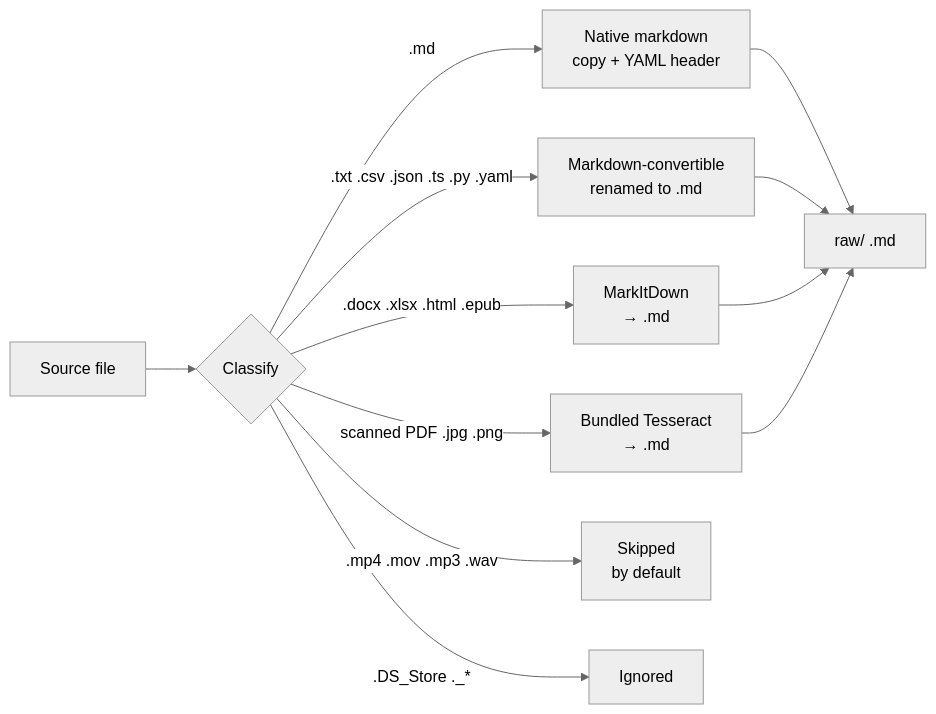
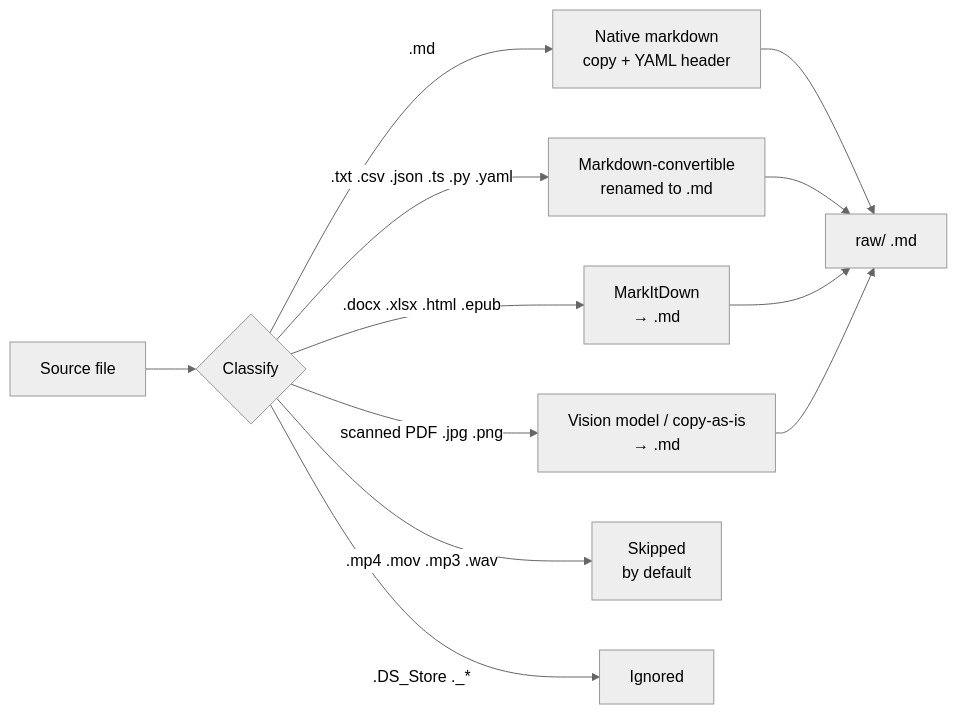
One commit to medialab/spinosa changed the seventh of 9 diagrams in workspace-template/docs/diagrams.md. Above: the diagram before and after it, drawn with Mermaid (neutral theme). The commit also changed other lines of this file and 95 other files, not shown here.

````diff
--- a/workspace-template/docs/diagrams.md
+++ b/workspace-template/docs/diagrams.md
@@ -245,12 +245,12 @@
 ```mermaid
 flowchart LR
     SRC[Source file] --> CLASS{Classify}
     CLASS -->|.md| NATIVE[Native markdown\ncopy + YAML header]
     CLASS -->|.txt .csv .json .ts .py .yaml| MD_CONV[Markdown-convertible\nrenamed to .md]
     CLASS -->|.docx .xlsx .html .epub| MKD2[MarkItDown\n→ .md]
-    CLASS -->|scanned PDF .jpg .png| OCR2[Bundled Tesseract\n→ .md]
+    CLASS -->|scanned PDF .jpg .png| OCR2[Vision model / copy-as-is\n→ .md]
     CLASS -->|.mp4 .mov .mp3 .wav| SKIP2[Skipped\nby default]
     CLASS -->|.DS_Store ._*| IGNORE[Ignored]
 
     NATIVE & MD_CONV & MKD2 & OCR2 --> RAW3[raw/ .md]
 ```
````
